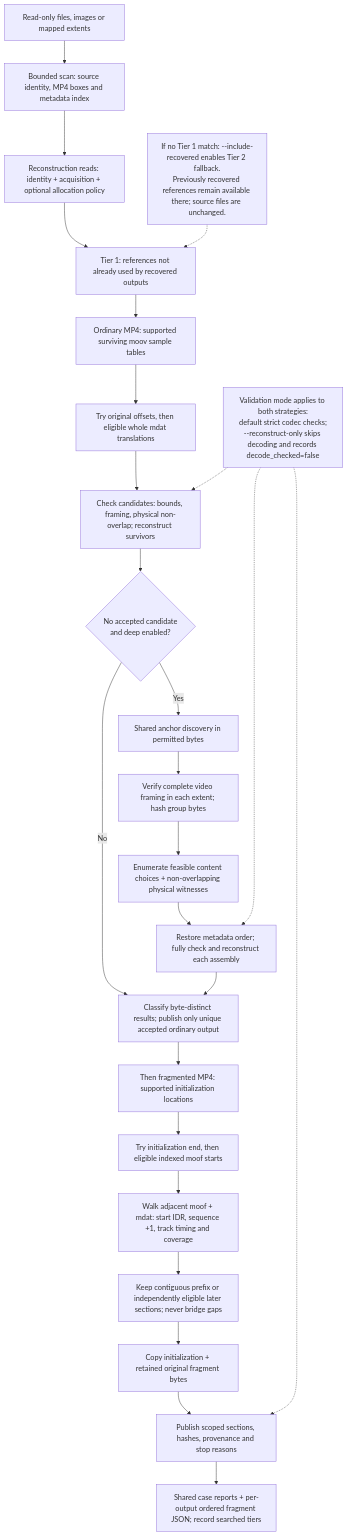
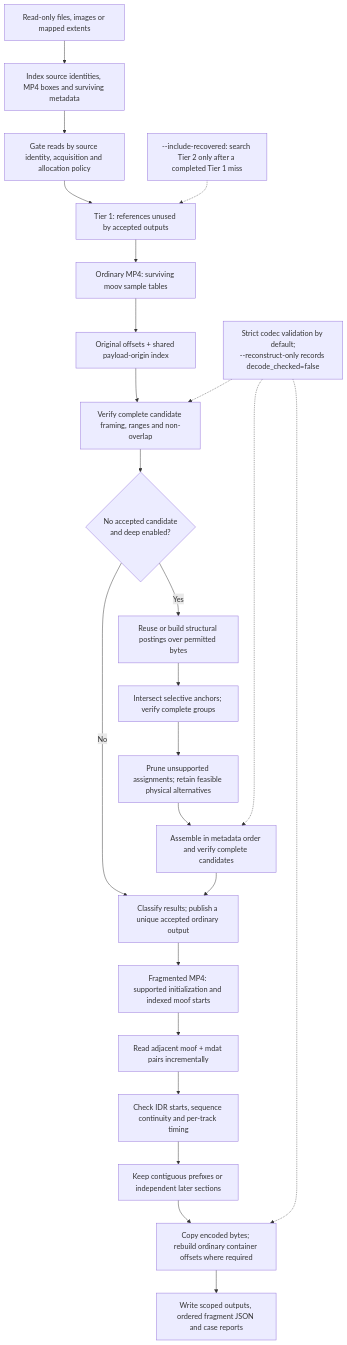
One commit to sealad886/VideoRebuild changed the diagram in README.md. Above: the diagram before and after it, drawn with Mermaid. The commit also changed other lines of this file and 35 other files, not shown here.

````diff
--- a/README.md
+++ b/README.md
@@ -56,27 +117,26 @@
 ```mermaid
 flowchart TD
-    A["Read-only files, images or mapped extents"] --> B["Bounded scan: source identity, MP4 boxes and metadata index"]
-    B --> C["Reconstruction reads: identity + acquisition + optional allocation policy"]
-    C --> E["Tier 1: references not already used by recovered outputs"]
-    E --> O["Ordinary MP4: supported surviving moov sample tables"]
-    O --> W["Try original offsets, then eligible whole mdat translations"]
-    W --> V["Check candidates: bounds, framing, physical non-overlap; reconstruct survivors"]
+    A["Read-only files, images or mapped extents"] --> B["Index source identities, MP4 boxes and surviving metadata"]
+    B --> C["Gate reads by source identity, acquisition and allocation policy"]
+    C --> T["Tier 1: references unused by accepted outputs"]
+    T --> O["Ordinary MP4: surviving moov sample tables"]
+    O --> W["Original offsets + shared payload-origin index"]
+    W --> V["Verify complete candidate framing, ranges and non-overlap"]
     V --> D{"No accepted candidate<br/>and deep enabled?"}
-    D -- Yes --> H["Shared anchor discovery in permitted bytes"]
-    H --> G["Verify complete video framing in each extent; hash group bytes"]
-    G --> J["Enumerate feasible content choices + non-overlapping physical witnesses"]
-    J --> K["Restore metadata order; fully check and reconstruct each assembly"]
-    D -- No --> U["Classify byte-distinct results; publish only unique accepted ordinary output"]
+    D -- Yes --> H["Reuse or build structural postings over permitted bytes"]
+    H --> G["Intersect selective anchors; verify complete groups"]
+    G --> J["Prune unsupported assignments; retain feasible physical alternatives"]
+    J --> K["Assemble in metadata order and verify complete candidates"]
+    D -- No --> U["Classify results; publish a unique accepted ordinary output"]
     K --> U
-    U --> F["Then fragmented MP4: supported initialization locations"]
-    F --> S["Try initialization end, then eligible indexed moof starts"]
-    S --> T["Walk adjacent moof + mdat: start IDR, sequence +1, track timing and coverage"]
-    T --> P["Keep contiguous prefix or independently eligible later sections; never bridge gaps"]
-    P --> Q["Copy initialization + retained original fragment bytes"]
-    Q --> R["Publish scoped sections, hashes, provenance and stop reasons"]
-    R --> Z["Shared case reports + per-output ordered fragment JSON; record searched tiers"]
-    N["Validation mode applies to both strategies:<br/>default strict codec checks;<br/>--reconstruct-only skips decoding and records decode_checked=false"] -.-> V
+    U --> F["Fragmented MP4: supported initialization and indexed moof starts"]
+    F --> S["Read adjacent moof + mdat pairs incrementally"]
+    S --> P["Check IDR starts, sequence continuity and per-track timing"]
+    P --> Q["Keep contiguous prefixes or independent later sections"]
+    Q --> R["Copy encoded bytes; rebuild ordinary container offsets where required"]
+    R --> Z["Write scoped outputs, ordered fragment JSON and case reports"]
+    N["Strict codec validation by default;<br/>--reconstruct-only records decode_checked=false"] -.-> V
     N -.-> K
     N -.-> R
-    X["If no Tier 1 match: --include-recovered enables Tier 2 fallback.<br/>Previously recovered references remain available there; source files are unchanged."] -.-> E
+    X["--include-recovered: search Tier 2 only after a completed Tier 1 miss"] -.-> T
 ```
````
